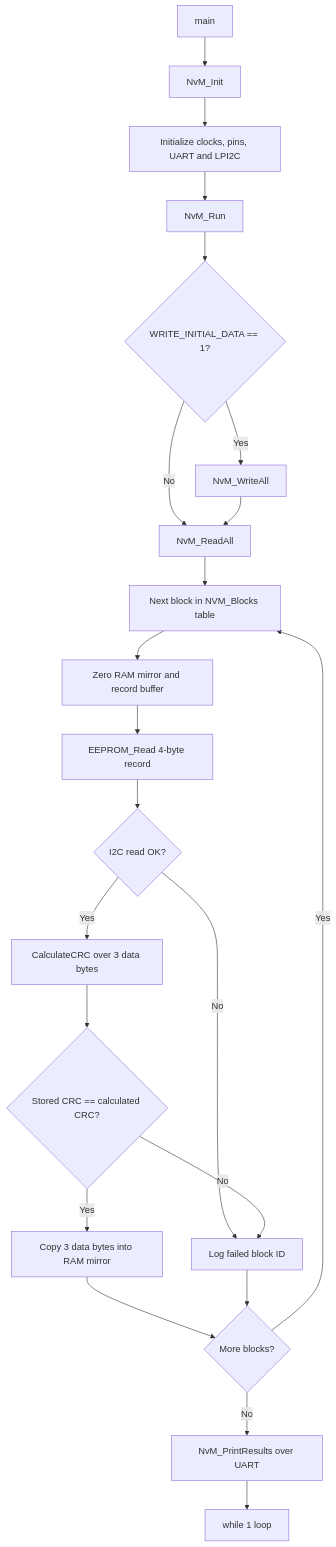
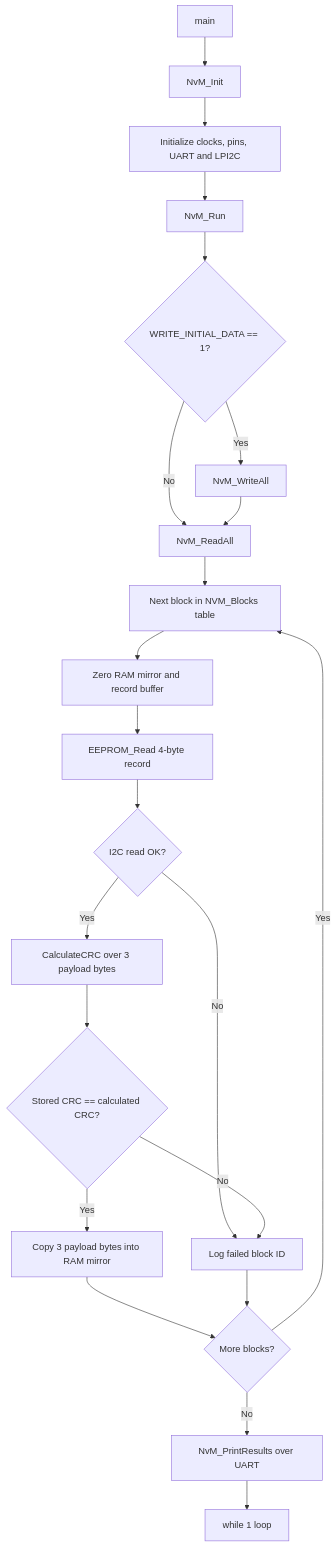
Before and after one commit to EstherJ07/Read-All-at-Startup: the diagram in README.md, drawn with Mermaid. The commit also changed other lines of this file, not shown here.

````diff
--- a/README.md
+++ b/README.md
@@ -100,24 +105,24 @@
 ```mermaid
 flowchart TD
     A[main] --> B[NvM_Init]
     B --> C[Initialize clocks, pins, UART and LPI2C]
     C --> D[NvM_Run]
     D --> E{WRITE_INITIAL_DATA == 1?}
     E -- Yes --> F[NvM_WriteAll]
     E -- No --> G[NvM_ReadAll]
     F --> G
     G --> H[Next block in NVM_Blocks table]
     H --> I[Zero RAM mirror and record buffer]
     I --> J[EEPROM_Read 4-byte record]
     J --> K{I2C read OK?}
     K -- No --> L[Log failed block ID]
-    K -- Yes --> M[CalculateCRC over 3 data bytes]
+    K -- Yes --> M[CalculateCRC over 3 payload bytes]
     M --> N{Stored CRC == calculated CRC?}
-    N -- Yes --> O[Copy 3 data bytes into RAM mirror]
+    N -- Yes --> O[Copy 3 payload bytes into RAM mirror]
     N -- No --> L
     O --> P{More blocks?}
     L --> P
     P -- Yes --> H
     P -- No --> Q[NvM_PrintResults over UART]
     Q --> R[while 1 loop]
 ```
````
